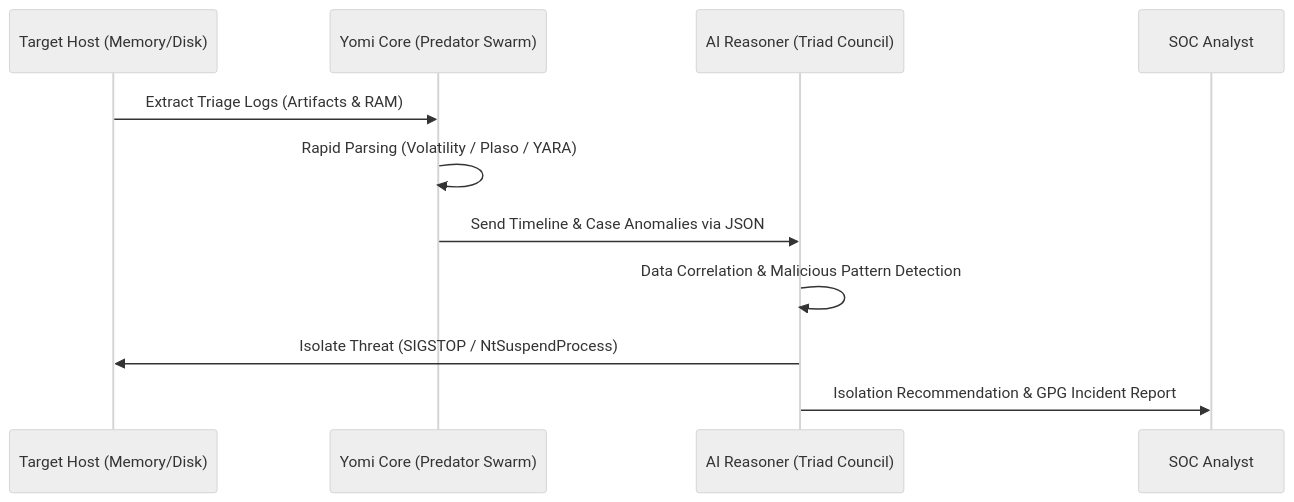
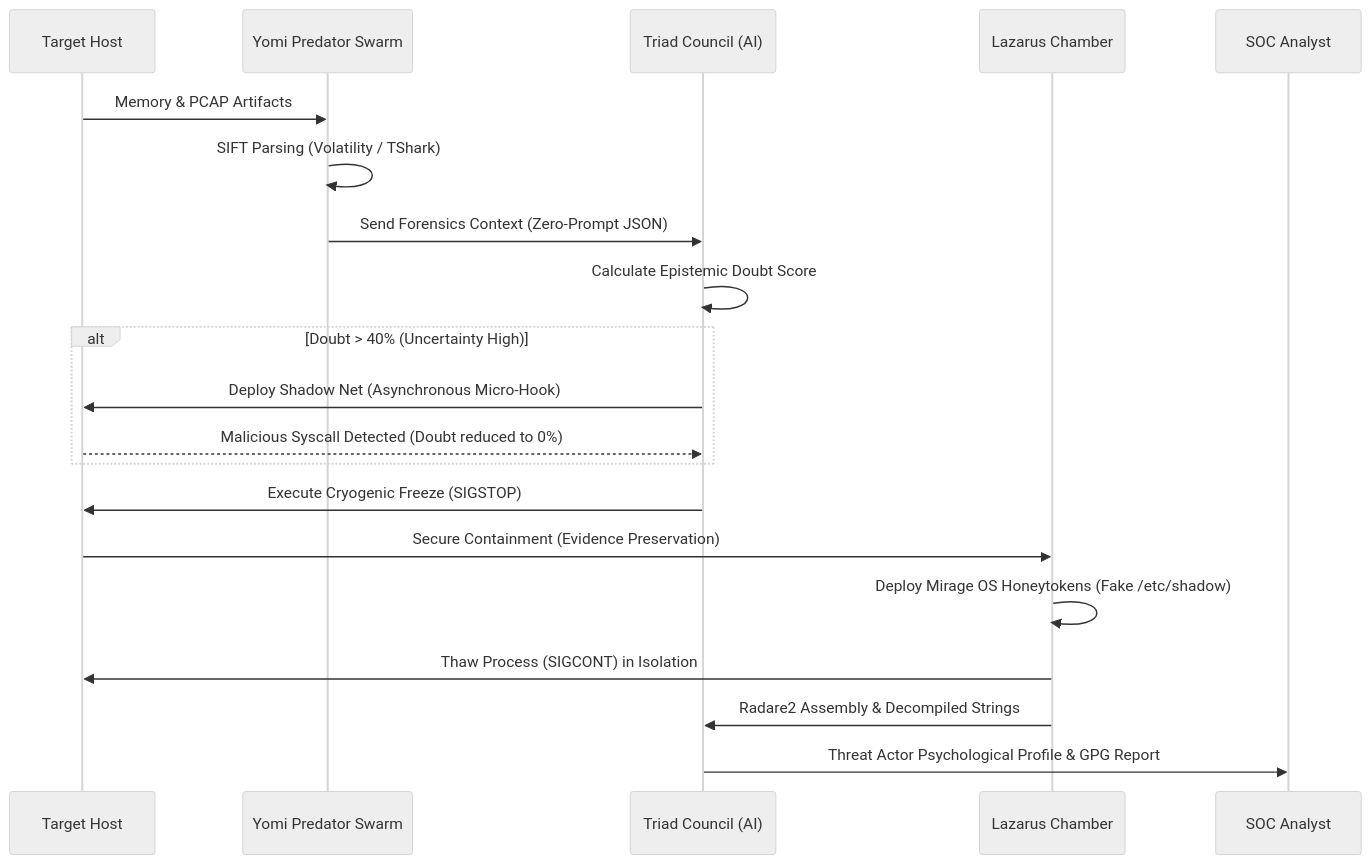
Before and after one commit to ArcVielLouvent/yomi-triage-system: the second of 2 diagrams in README.md, drawn with Mermaid (neutral theme). The commit also changed other lines of this file, not shown here.

Commit message:
Docs: Major README expansion. Added Phase 4 architecture diagrams, Triage Lifecycle async flows, Tactical Deception explanations, and extended modular boot instructions.

````diff
--- a/README.md
+++ b/README.md
@@ -38,15 +44,24 @@
 ```mermaid
 sequenceDiagram;
-    participant Target as Target Host (Memory/Disk)
-    participant Tool as Yomi Core (Predator Swarm)
-    participant AI as AI Reasoner (Triad Council)
+    participant Target as Target Host
+    participant Swarm as Yomi Predator Swarm
+    participant AI as Triad Council (AI)
+    participant Sandbox as Lazarus Chamber
     participant Analyst as SOC Analyst
 
-    Target->>Tool: Extract Triage Logs (Artifacts & RAM)
-    Tool->>Tool: Rapid Parsing (Volatility / Plaso / YARA)
-    Tool->>AI: Send Timeline & Case Anomalies via JSON
-    AI->>AI: Data Correlation & Malicious Pattern Detection
-    AI->>Target: Isolate Threat (SIGSTOP / NtSuspendProcess)
-    AI->>Analyst: Isolation Recommendation & GPG Incident Report
+    Target->>Swarm: Memory & PCAP Artifacts
+    Swarm->>Swarm: SIFT Parsing (Volatility / TShark)
+    Swarm->>AI: Send Forensics Context (Zero-Prompt JSON)
+    AI->>AI: Calculate Epistemic Doubt Score
+    alt Doubt > 40% (Uncertainty High)
+        AI->>Target: Deploy Shadow Net (Asynchronous Micro-Hook)
+        Target-->>AI: Malicious Syscall Detected (Doubt reduced to 0%)
+    end
+    AI->>Target: Execute Cryogenic Freeze (SIGSTOP)
+    Target->>Sandbox: Secure Containment (Evidence Preservation)
+    Sandbox->>Sandbox: Deploy Mirage OS Honeytokens (Fake /etc/shadow)
+    Sandbox->>Target: Thaw Process (SIGCONT) in Isolation
+    Sandbox->>AI: Radare2 Assembly & Decompiled Strings
+    AI->>Analyst: Threat Actor Psychological Profile & GPG Report
 
 ```
````
